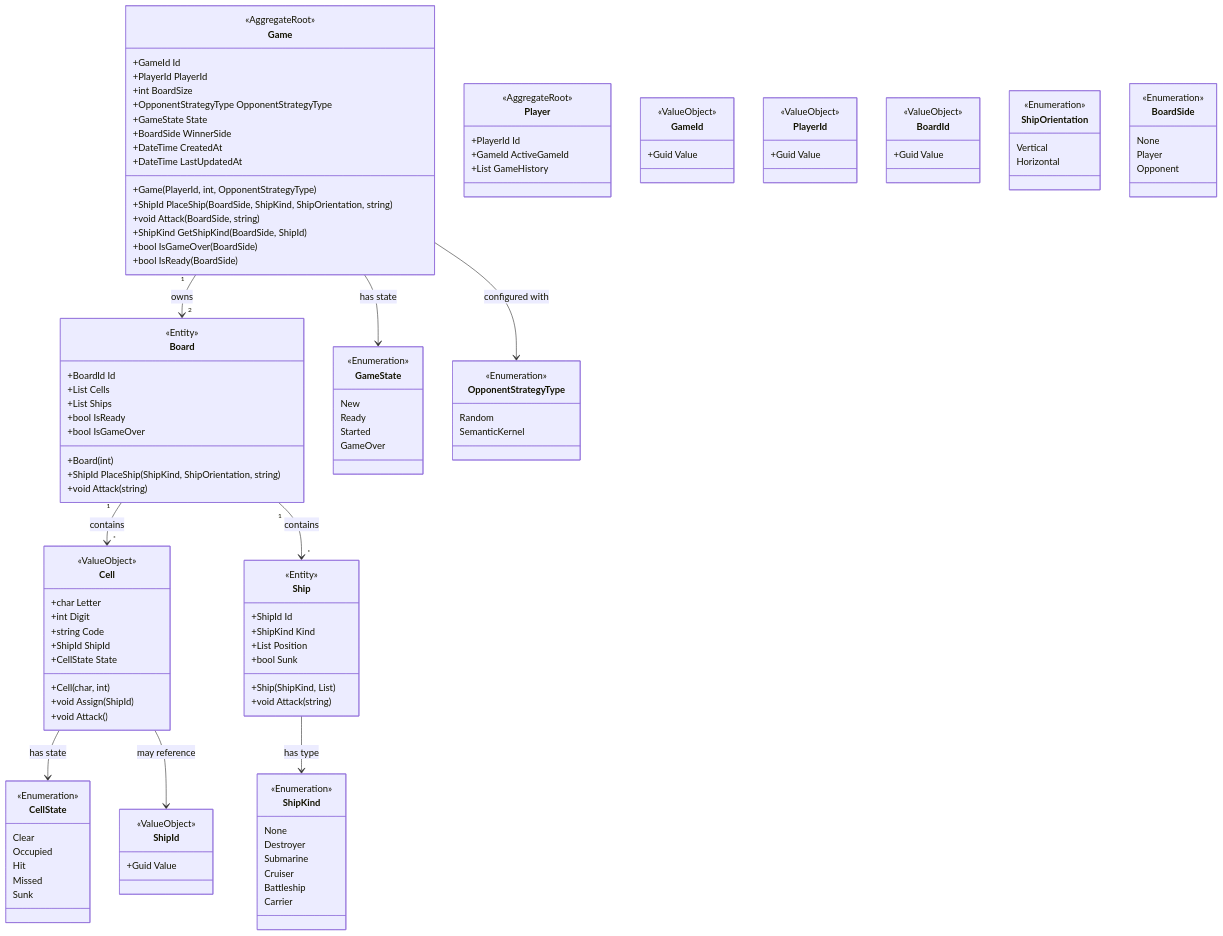
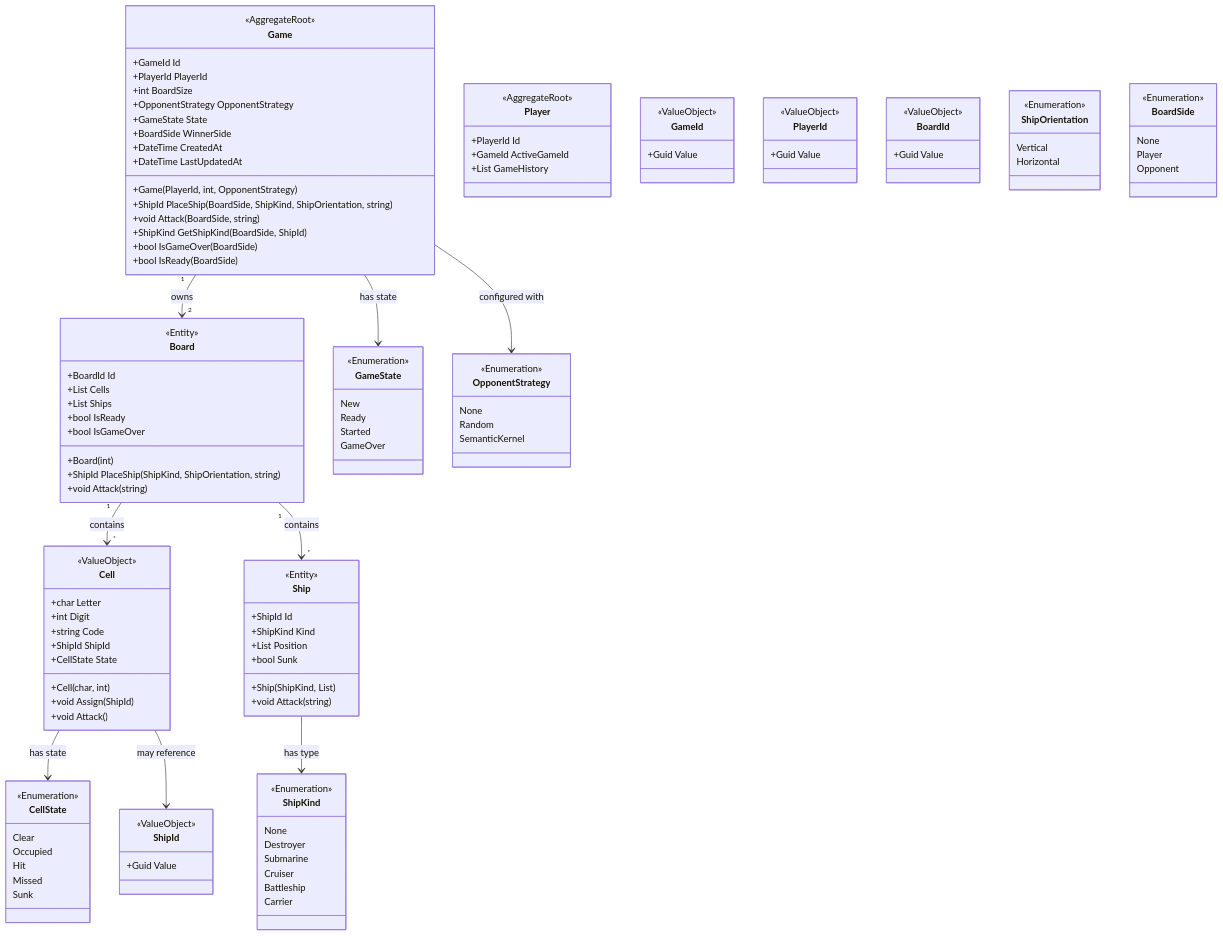
The first of 3 diagrams in docs/design.md (wahidshalaly/battleship-game), drawn with Mermaid before and after one commit. The commit also changed other lines of this file and 51 other files, not shown here.

```diff
--- a/docs/design.md
+++ b/docs/design.md
@@ -22,12 +22,12 @@
         +GameId Id
         +PlayerId PlayerId
         +int BoardSize
-        +OpponentStrategyType OpponentStrategyType
+        +OpponentStrategy OpponentStrategy
         +GameState State
         +BoardSide WinnerSide
         +DateTime CreatedAt
         +DateTime LastUpdatedAt
-        +Game(PlayerId, int, OpponentStrategyType)
+        +Game(PlayerId, int, OpponentStrategy)
         +ShipId PlaceShip(BoardSide, ShipKind, ShipOrientation, string)
         +void Attack(BoardSide, string)
         +ShipKind GetShipKind(BoardSide, ShipId)
@@ -136,14 +136,15 @@
         GameOver
     }
 
-    class OpponentStrategyType {
+    class OpponentStrategy {
         <<Enumeration>>
+        None
         Random
         SemanticKernel
     }
 
     Game "1" --> "2" Board : owns
-    Game --> OpponentStrategyType : configured with
+    Game --> OpponentStrategy : configured with
     Board "1" --> "*" Cell : contains
     Board "1" --> "*" Ship : contains
     Ship --> ShipKind : has type
```
